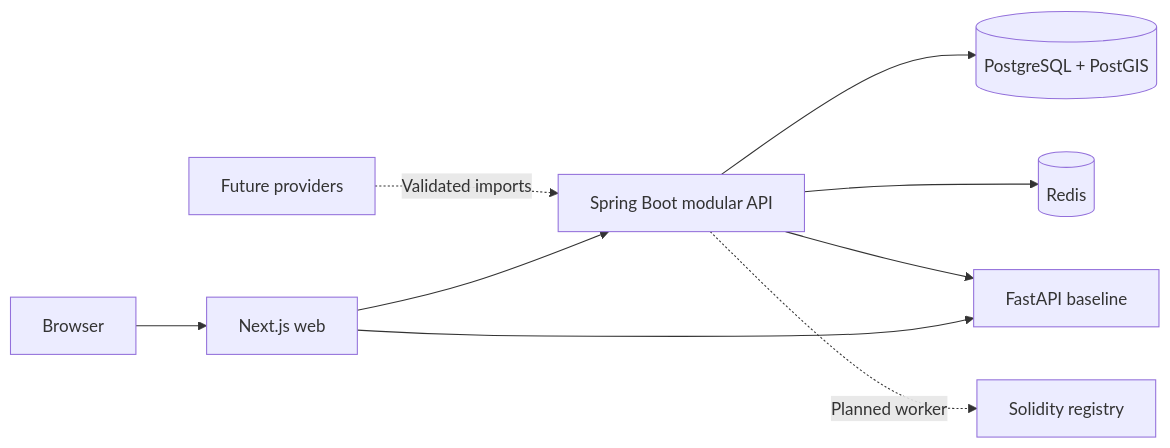
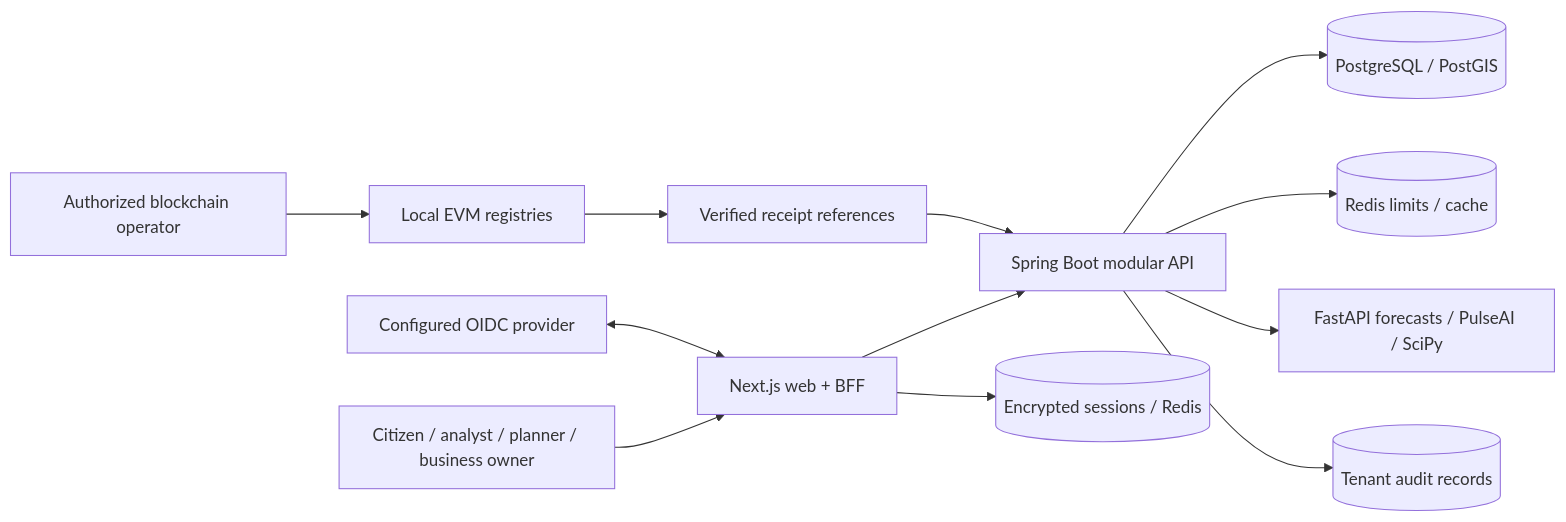
One commit to manikantbindass/CityPulse changed the first of 4 diagrams in README.md. Above: the diagram before and after it, drawn with Mermaid. The commit also changed other lines of this file and 77 other files, not shown here.

````diff
--- a/README.md
+++ b/README.md
@@ -48,11 +64,14 @@
 ```mermaid
 flowchart LR
-  Browser[Browser] --> Web[Next.js web]
+  User[Citizen / analyst / planner / business owner] --> Web[Next.js web + BFF]
+  IdP[Configured OIDC provider] <--> Web
   Web --> API[Spring Boot modular API]
-  Web --> AI[FastAPI baseline]
-  API --> DB[(PostgreSQL + PostGIS)]
-  API --> Redis[(Redis)]
-  API --> AI
-  API -. Planned worker .-> Chain[Solidity registry]
-  Providers[Future providers] -. Validated imports .-> API
+  Web --> Sessions[(Encrypted sessions / Redis)]
+  API --> DB[(PostgreSQL / PostGIS)]
+  API --> Cache[(Redis limits / cache)]
+  API --> AI[FastAPI forecasts / PulseAI / SciPy]
+  API --> Audit[(Tenant audit records)]
+  Operator[Authorized blockchain operator] --> Chain[Local EVM registries]
+  Chain --> Receipts[Verified receipt references]
+  Receipts --> API
 ```
````
